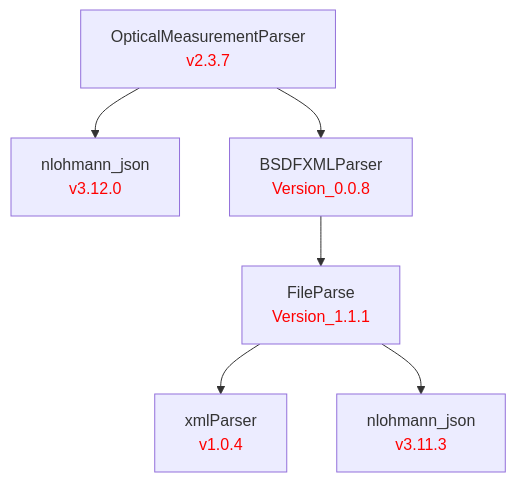
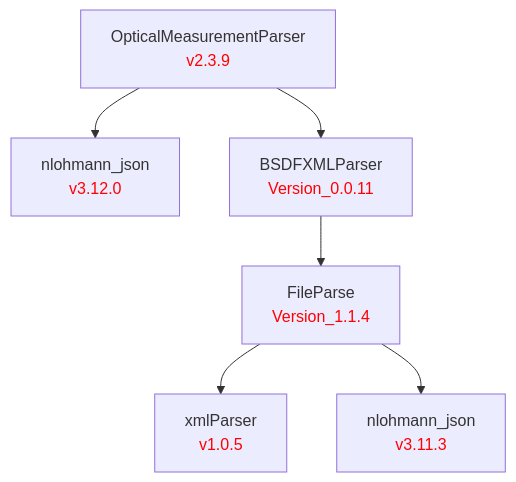
Before and after one commit to LBNL-ETA/OpticalMeasurementParser: the diagram in doc/OpticalMeasurementParser.md, drawn with Mermaid. The commit also changed 6 other files, not shown here.

First line of the commit message:
Add CMake presets, bump BSDFXMLParser Version_0.0.11, version 2.3.9

````diff
--- a/doc/OpticalMeasurementParser.md
+++ b/doc/OpticalMeasurementParser.md
@@ -1,17 +1,17 @@
 ```mermaid
 graph TD
     %% Package definitions
-    xmlParser[xmlParser<br/><font color='red'>v1.0.4</font>]
+    xmlParser[xmlParser<br/><font color='red'>v1.0.5</font>]
     nlohmann_json_fileparse[nlohmann_json<br/><font color='red'>v3.11.3</font>]
     nlohmann_json[nlohmann_json<br/><font color='red'>v3.12.0</font>]
-    FileParse[FileParse<br/><font color='red'>Version_1.1.1</font>]
-    BSDFXMLParser[BSDFXMLParser<br/><font color='red'>Version_0.0.8</font>]
-    OpticalMeasurementParser[OpticalMeasurementParser<br/><font color='red'>v2.3.7</font>]
+    FileParse[FileParse<br/><font color='red'>Version_1.1.4</font>]
+    BSDFXMLParser[BSDFXMLParser<br/><font color='red'>Version_0.0.11</font>]
+    OpticalMeasurementParser[OpticalMeasurementParser<br/><font color='red'>v2.3.9</font>]
 
     %% Package relations
     OpticalMeasurementParser --> nlohmann_json
     OpticalMeasurementParser --> BSDFXMLParser
     BSDFXMLParser --> FileParse
     FileParse --> xmlParser
     FileParse --> nlohmann_json_fileparse
 ```
````
